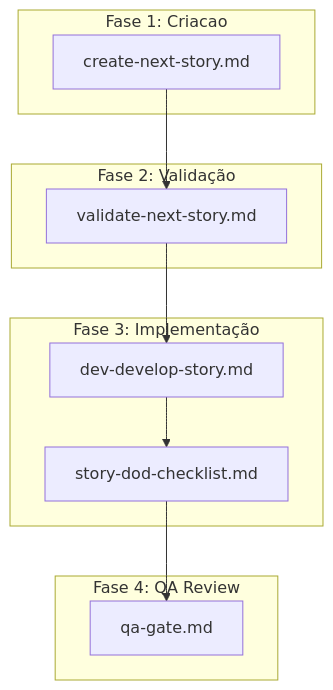
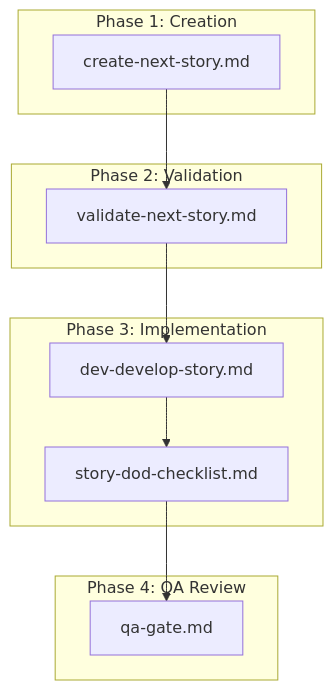
One commit to CyryxLabs/AEXOS changed the sixth of 7 diagrams in docs/aexos-workflows/story-development-cycle-workflow.md. Above: the diagram before and after it, drawn with Mermaid. The commit also changed other lines of this file and 528 other files, not shown here.

````diff
--- a/docs/aexos-workflows/story-development-cycle-workflow.md
+++ b/docs/aexos-workflows/story-development-cycle-workflow.md
@@ -511,24 +511,24 @@
 ```mermaid
 graph TD
-    subgraph "Fase 1: Criacao"
+    subgraph "Phase 1: Creation"
         T1[create-next-story.md]
     end
 
-    subgraph "Fase 2: Validação"
+    subgraph "Phase 2: Validation"
         T2[validate-next-story.md]
     end
 
-    subgraph "Fase 3: Implementação"
+    subgraph "Phase 3: Implementation"
         T3[dev-develop-story.md]
         T3a[story-dod-checklist.md]
     end
 
-    subgraph "Fase 4: QA Review"
+    subgraph "Phase 4: QA Review"
         T4[qa-gate.md]
     end
 
     T1 --> T2
     T2 --> T3
     T3 --> T3a
     T3a --> T4
 ```
````
